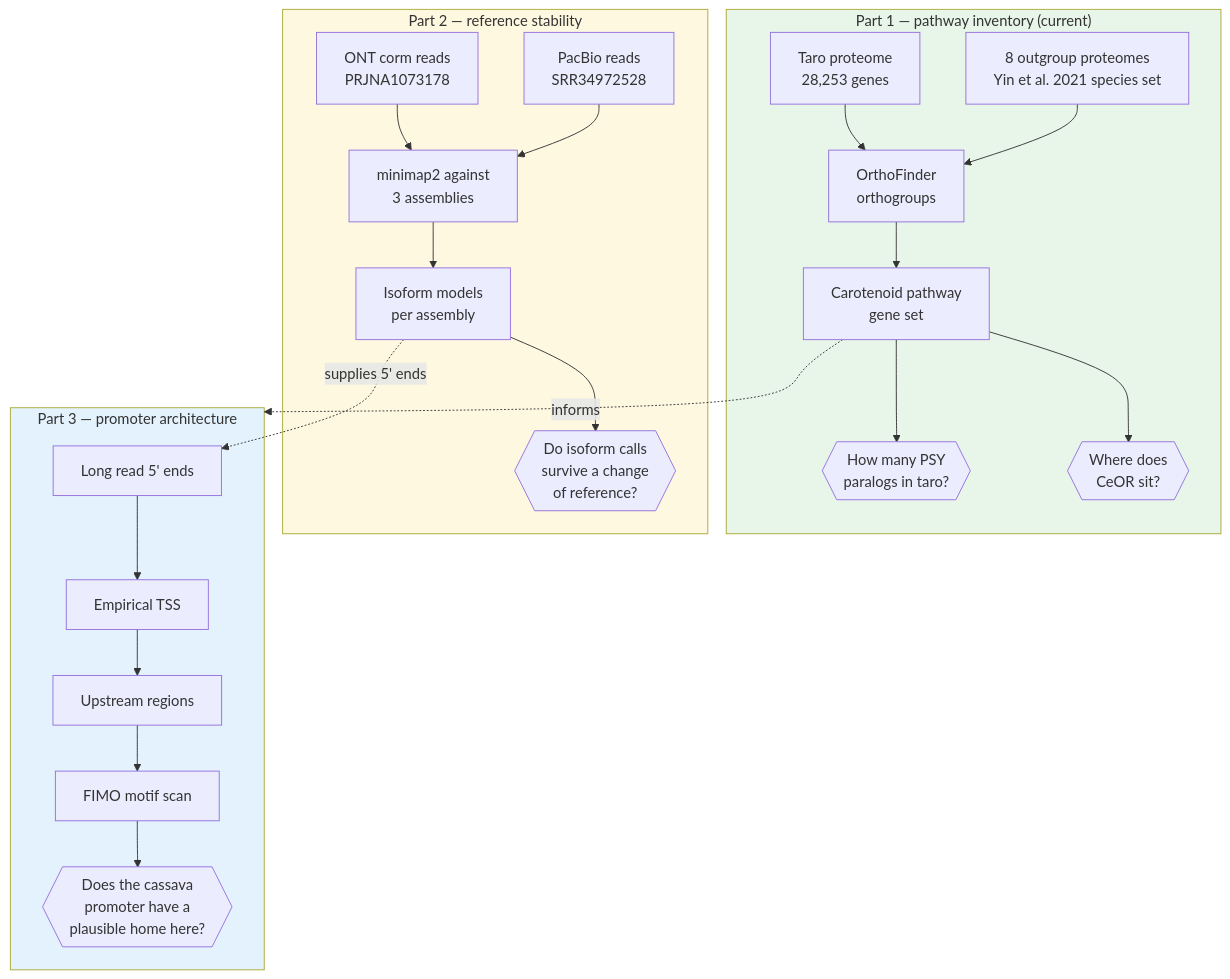
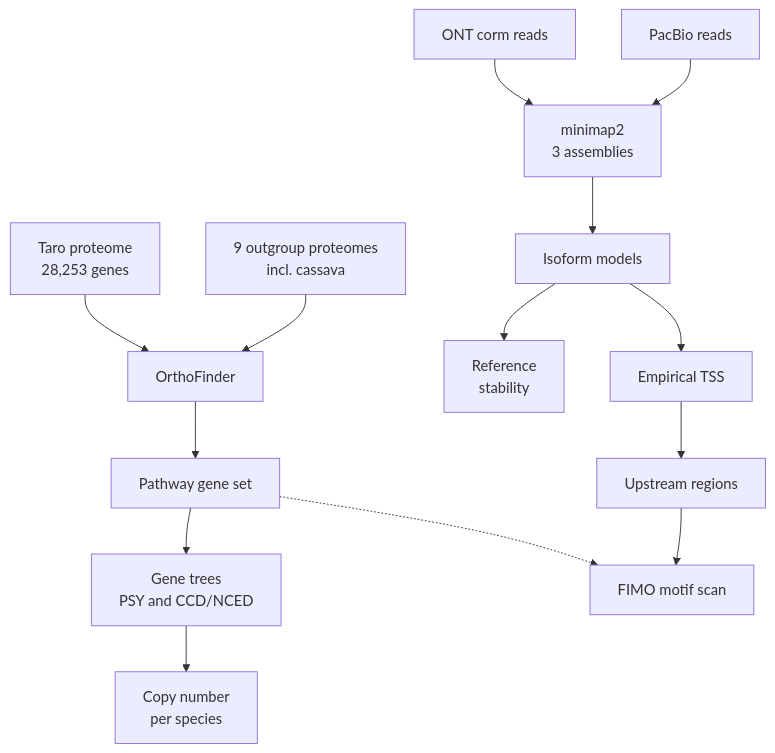
Before and after one commit to ih-11/taro: the diagram in README.md, drawn with Mermaid. The commit also changed other lines of this file, not shown here.

````diff
--- a/README.md
+++ b/README.md
@@ -27,31 +27,19 @@
 ```mermaid
 flowchart TD
-    subgraph P1["Part 1 — pathway inventory (current)"]
-        A1[Taro proteome<br/>28,253 genes] --> A3
-        A2[8 outgroup proteomes<br/>Yin et al. 2021 species set] --> A3
-        A3[OrthoFinder<br/>orthogroups] --> A4[Carotenoid pathway<br/>gene set]
-        A4 --> A5{{"How many PSY<br/>paralogs in taro?"}}
-        A4 --> A6{{"Where does<br/>CeOR sit?"}}
-    end
+    A1["Taro proteome<br/>28,253 genes"] --> A3["OrthoFinder"]
+    A2["9 outgroup proteomes<br/>incl. cassava"] --> A3
+    A3 --> A4["Pathway gene set"]
+    A4 --> A5["Gene trees<br/>PSY and CCD/NCED"]
+    A5 --> A6["Copy number<br/>per species"]
 
-    subgraph P2["Part 2 — reference stability"]
-        B1[ONT corm reads<br/>PRJNA1073178] --> B3
-        B2[PacBio reads<br/>SRR34972528] --> B3
-        B3[minimap2 against<br/>3 assemblies] --> B4[Isoform models<br/>per assembly]
-        B4 --> B5{{"Do isoform calls<br/>survive a change<br/>of reference?"}}
-    end
+    B1["ONT corm reads"] --> B3["minimap2<br/>3 assemblies"]
+    B2["PacBio reads"] --> B3
+    B3 --> B4["Isoform models"]
+    B4 --> B5["Reference<br/>stability"]
 
-    subgraph P3["Part 3 — promoter architecture"]
-        C1[Long read 5' ends] --> C2[Empirical TSS]
-        C2 --> C3[Upstream regions]
-        C3 --> C4[FIMO motif scan]
-        C4 --> C5{{"Does the cassava<br/>promoter have a<br/>plausible home here?"}}
-    end
+    B4 --> C1["Empirical TSS"]
+    C1 --> C2["Upstream regions"]
+    C2 --> C3["FIMO motif scan"]
 
-    A4 -.informs.-> P3
-    B4 -.supplies 5' ends.-> C1
-
-    style P1 fill:#e8f5e9
-    style P2 fill:#fff8e1
-    style P3 fill:#e3f2fd
+    A4 -.-> C3
 ```
````
